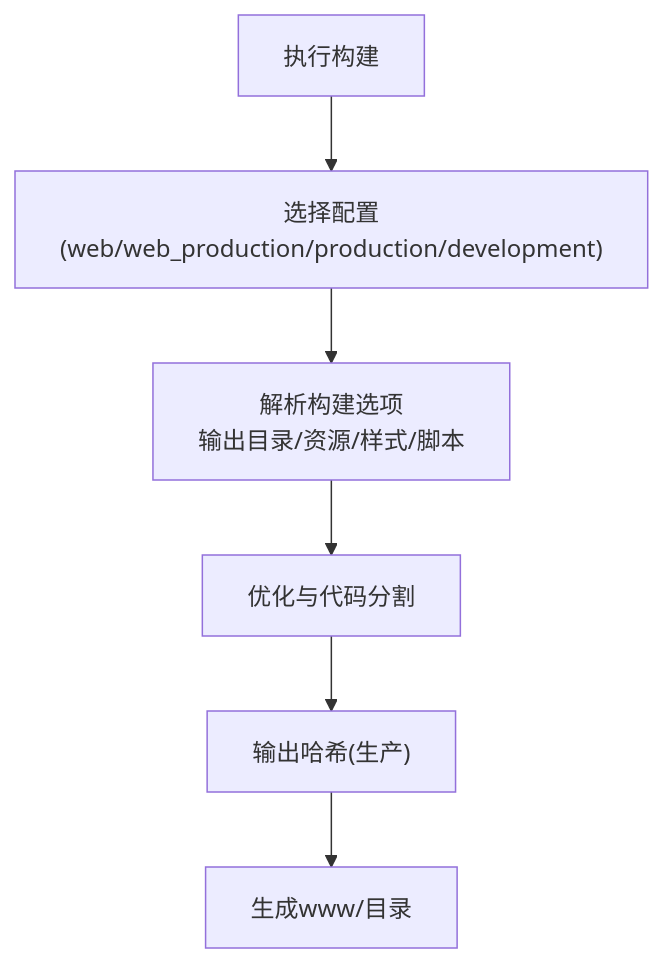
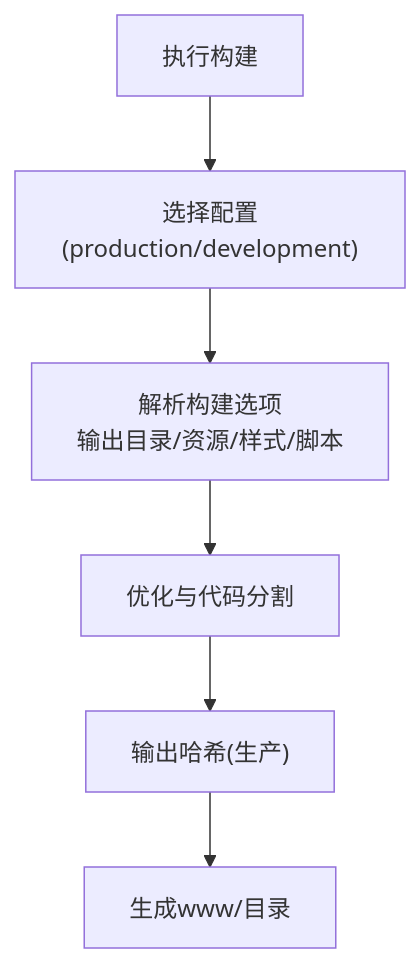
The third of 5 diagrams in .qoder/repowiki/zh/content/构建与部署/平台部署/Web_PWA部署.md (dingxyang/Macro-Deck-Client-App), drawn with Mermaid before and after one commit. The commit also changed other lines of this file and 47 other files, not shown here.

````diff
--- a/.qoder/repowiki/zh/content/构建与部署/平台部署/Web_PWA部署.md
+++ b/.qoder/repowiki/zh/content/构建与部署/平台部署/Web_PWA部署.md
@@ -180,8 +115,8 @@
 ```mermaid
 flowchart TD
-Build["执行构建"] --> Env["选择配置(web/web_production/production/development)"]
+Build["执行构建"] --> Env["选择配置(production/development)"]
 Env --> Options["解析构建选项<br/>输出目录/资源/样式/脚本"]
 Options --> Optimize["优化与代码分割"]
 Optimize --> Hash["输出哈希(生产)"]
 Hash --> Dist["生成www/目录"]
 ```
````
